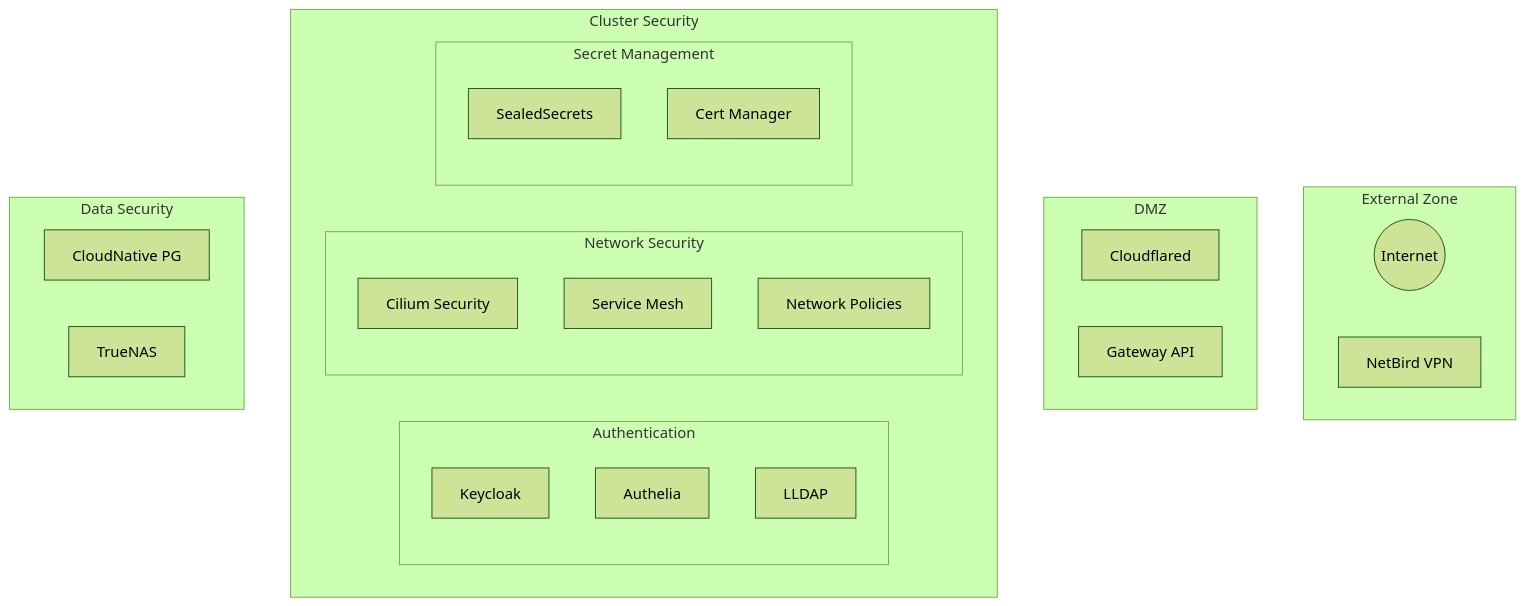
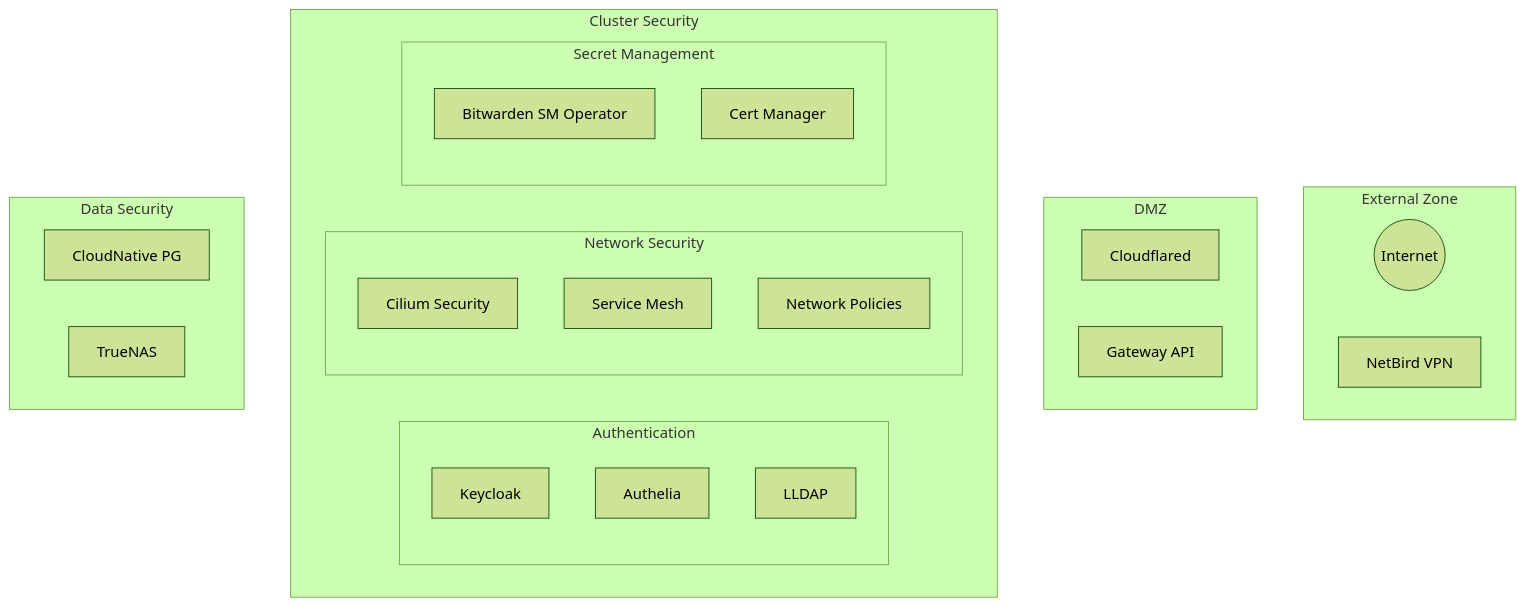
The diagram in docs/security-architecture.md (theepicsaxguy/homelab), drawn with Mermaid (forest theme) before and after one commit. The commit also changed other lines of this file and 11 other files, not shown here.

````diff
--- a/docs/security-architecture.md
+++ b/docs/security-architecture.md
@@ -10,36 +10,36 @@
 ```mermaid
 graph TB
     subgraph External Zone
         Internet((Internet))
         VPN[NetBird VPN]
     end
 
     subgraph DMZ
         Cloudflared
         Gateway[Gateway API]
     end
 
     subgraph Cluster Security
         subgraph Authentication
             Keycloak
             Authelia
             LLDAP
         end
 
         subgraph Network Security
             Cilium[Cilium Security]
             ServiceMesh[Service Mesh]
             NetPol[Network Policies]
         end
 
         subgraph Secret Management
-            SealedSecrets
+            SMOperator[Bitwarden SM Operator]
             CertManager[Cert Manager]
         end
     end
 
     subgraph Data Security
         CNPG[CloudNative PG]
         Storage[TrueNAS]
     end
 ```
````
